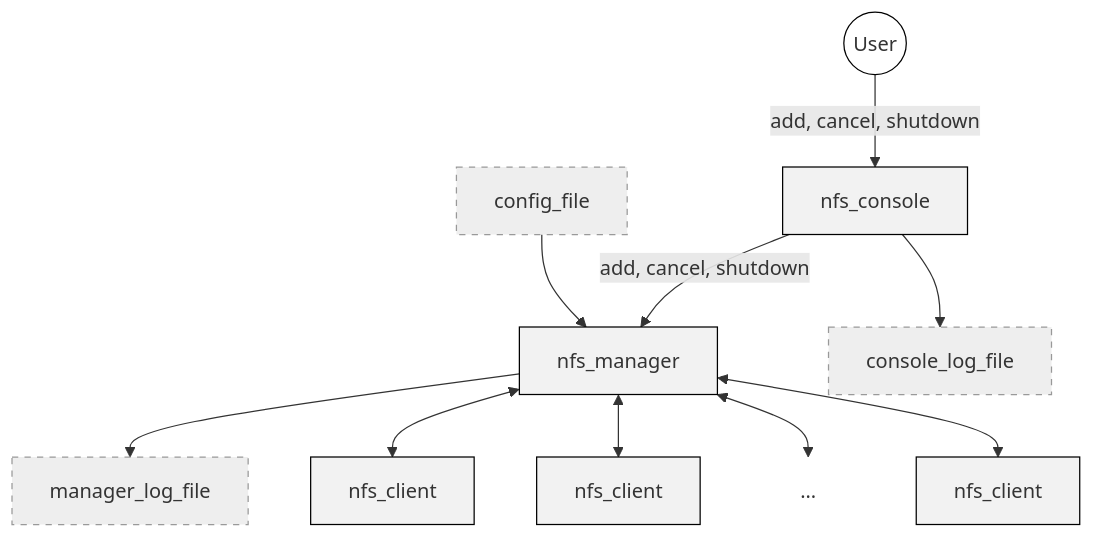
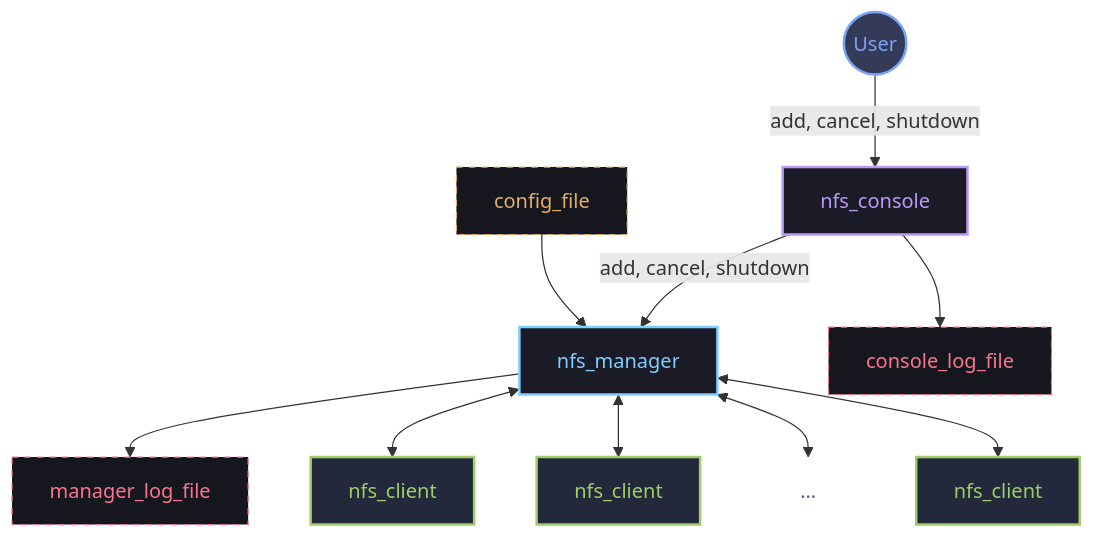
Before and after one commit to vtraik/NFS: the diagram in README2.md, drawn with Mermaid.

Commit message:
change rdm

````diff
--- a/README2.md
+++ b/README2.md
@@ -11,27 +11,26 @@
 ```mermaid
 graph TD
     User((User)) -->|add, cancel, shutdown| Console[nfs_console]
     
     Console -->|add, cancel, shutdown| Manager[nfs_manager]
     Console --> ConsoleLog[console_log_file]
 
     Config[config_file] --> Manager
     Manager --> ManagerLog[manager_log_file]
 
     Manager <--> Client1[nfs_client]
     Manager <--> Client2[nfs_client]
     Manager <--> Client3[...]
     Manager <--> Client4[nfs_client]
 
-    %% Styling to match the visual look of the diagram
-    style User fill:#fff,stroke:#000
-    style Console fill:#f2f2f2,stroke:#000
-    style Manager fill:#f2f2f2,stroke:#000
-    style Client1 fill:#f2f2f2,stroke:#000
-    style Client2 fill:#f2f2f2,stroke:#000
-    style Client3 fill:none,stroke:none
-    style Client4 fill:#f2f2f2,stroke:#000
-    style ConsoleLog fill:#eee,stroke:#999,stroke-dasharray: 5 5
-    style ManagerLog fill:#eee,stroke:#999,stroke-dasharray: 5 5
-    style Config fill:#eee,stroke:#999,stroke-dasharray: 5 5
+    style User fill:#343b58,stroke:#7aa2f7,color:#7aa2f7,stroke-width:2px
+    style Console fill:#1a1b26,stroke:#bb9af7,color:#bb9af7,stroke-width:2px
+    style Manager fill:#1a1b26,stroke:#7dcfff,color:#7dcfff,stroke-width:2px
+    style Client1 fill:#24283b,stroke:#9ece6a,color:#9ece6a,stroke-width:2px
+    style Client2 fill:#24283b,stroke:#9ece6a,color:#9ece6a,stroke-width:2px
+    style Client4 fill:#24283b,stroke:#9ece6a,color:#9ece6a,stroke-width:2px
+    style Client3 fill:none,stroke:none,color:#565f89
+    style ConsoleLog fill:#16161e,stroke:#f7768e,color:#f7768e,stroke-dasharray: 5 5
+    style ManagerLog fill:#16161e,stroke:#f7768e,color:#f7768e,stroke-dasharray: 5 5
+    style Config fill:#16161e,stroke:#e0af68,color:#e0af68,stroke-dasharray: 5 5
 ```
````
